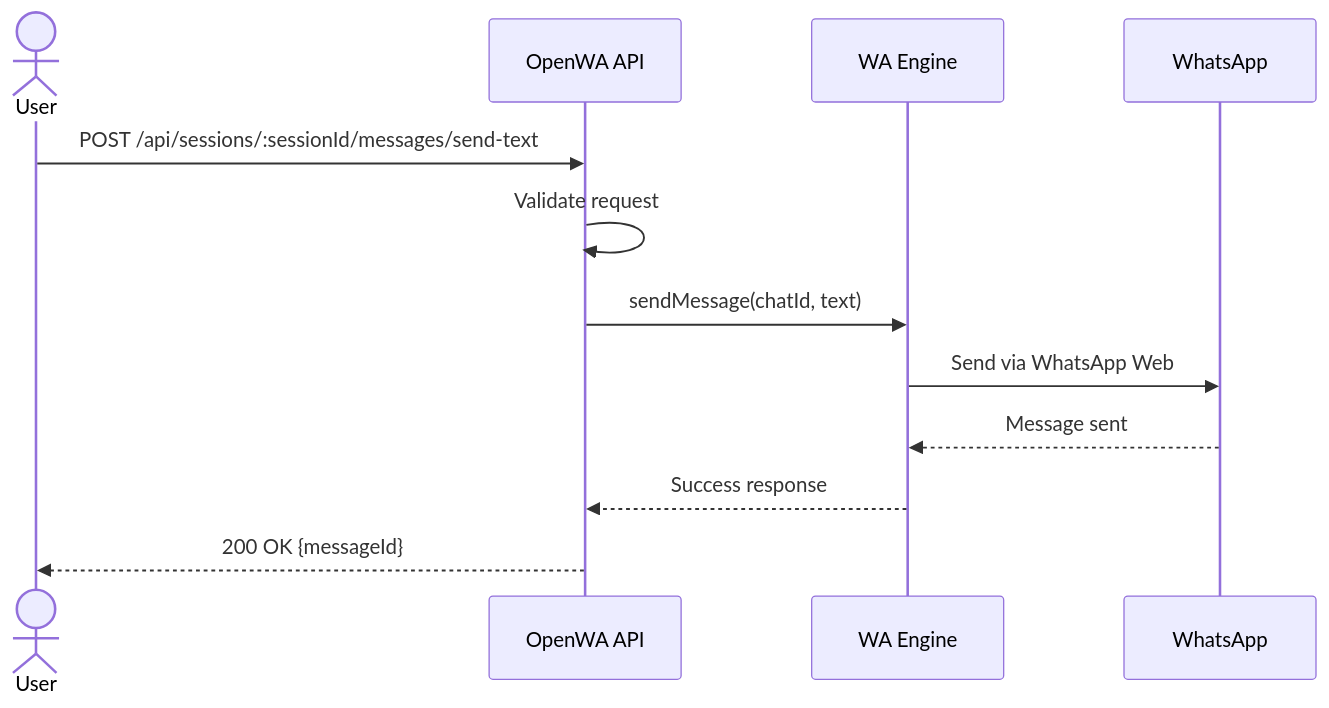
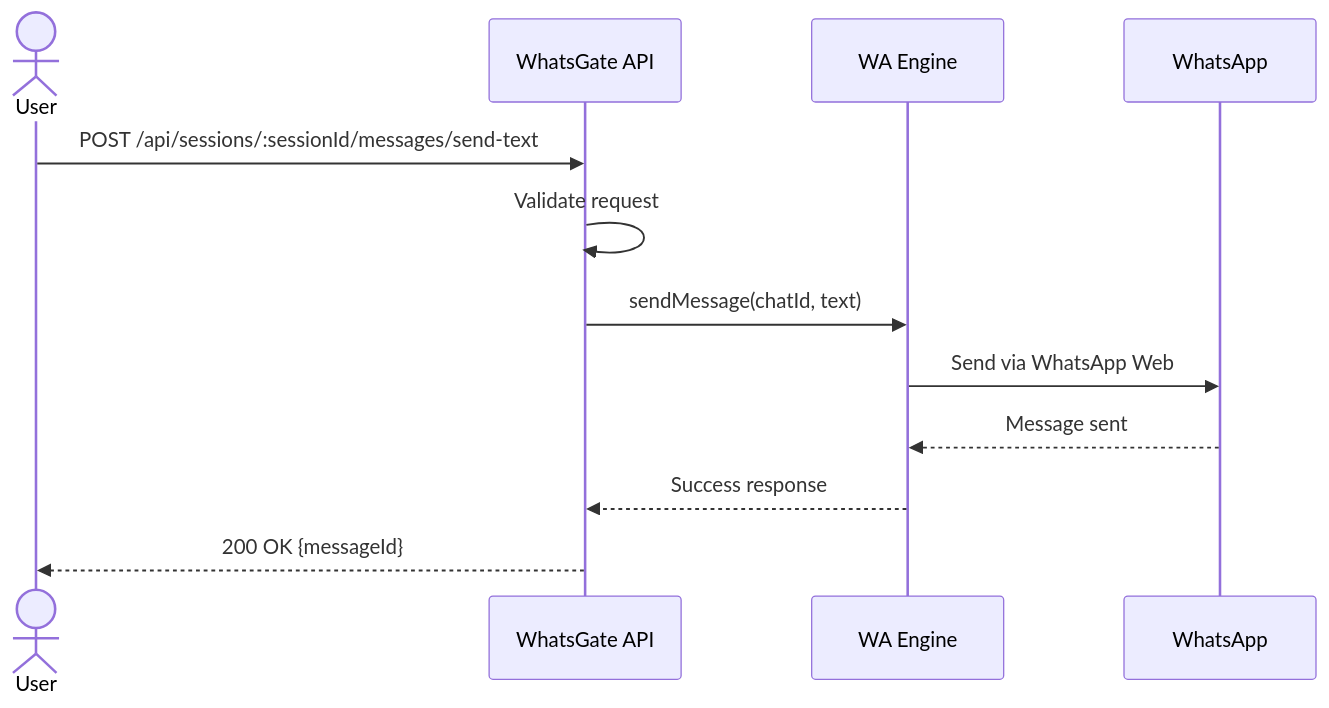
Before and after one commit to liminal-loop/whatsgate: diagram 11 of 13 in docs/02-requirements-specification.md, drawn with Mermaid. The commit also changed other lines of this file and 46 other files, not shown here.

Commit message:
chore: rebrand OpenWA to WhatsGate across app and docs

````diff
--- a/docs/02-requirements-specification.md
+++ b/docs/02-requirements-specification.md
@@ -378,15 +378,15 @@
 ```mermaid
 sequenceDiagram
     actor User
-    participant API as OpenWA API
+    participant API as WhatsGate API
     participant Engine as WA Engine
     participant WA as WhatsApp
     
     User->>API: POST /api/sessions/:sessionId/messages/send-text
     API->>API: Validate request
     API->>Engine: sendMessage(chatId, text)
     Engine->>WA: Send via WhatsApp Web
     WA-->>Engine: Message sent
     Engine-->>API: Success response
     API-->>User: 200 OK {messageId}
 ```
````
